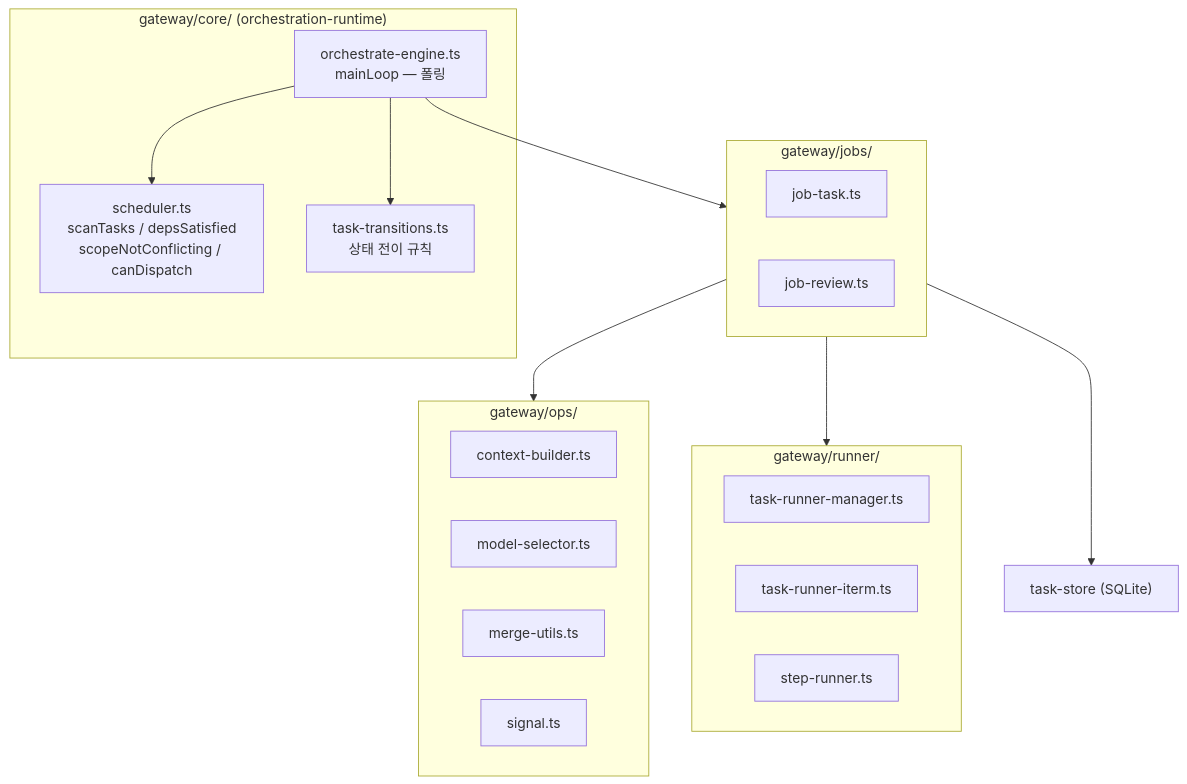
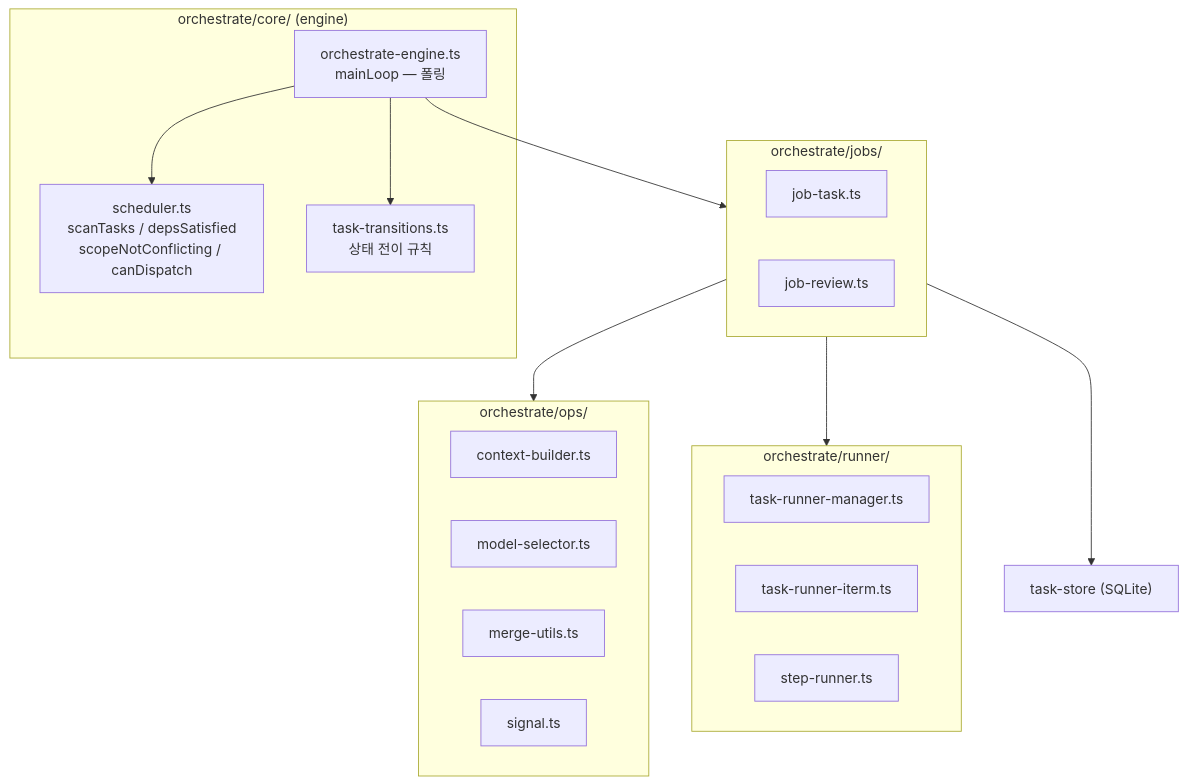
Before and after one commit to sdadaniel/orchestation: the second of 4 diagrams in docs/architecture/orchestrator-node-architecture.md, drawn with Mermaid. The commit also changed other lines of this file and 133 other files, not shown here.

````diff
--- a/docs/architecture/orchestrator-node-architecture.md
+++ b/docs/architecture/orchestrator-node-architecture.md
@@ -53,33 +53,33 @@
 ```mermaid
 flowchart TB
-  subgraph engine_layer["gateway/core/ (orchestration-runtime)"]
+  subgraph engine_layer["orchestrate/core/ (engine)"]
     main_loop["orchestrate-engine.ts\nmainLoop — 폴링"]
     scheduler["scheduler.ts\nscanTasks / depsSatisfied\nscopeNotConflicting / canDispatch"]
     transitions["task-transitions.ts\n상태 전이 규칙"]
     main_loop --> scheduler
     main_loop --> transitions
   end
 
-  subgraph jobs_layer["gateway/jobs/"]
+  subgraph jobs_layer["orchestrate/jobs/"]
     job_task["job-task.ts"]
     job_review["job-review.ts"]
   end
 
-  subgraph ops_layer["gateway/ops/"]
+  subgraph ops_layer["orchestrate/ops/"]
     ctx["context-builder.ts"]
     model["model-selector.ts"]
     merge["merge-utils.ts"]
     signal["signal.ts"]
   end
 
-  subgraph runner_layer["gateway/runner/"]
+  subgraph runner_layer["orchestrate/runner/"]
     runner_mgr["task-runner-manager.ts"]
     runner_iterm["task-runner-iterm.ts"]
     step_runner["step-runner.ts"]
   end
 
   main_loop --> jobs_layer
   jobs_layer --> ops_layer
   jobs_layer --> runner_layer
   jobs_layer --> store2["task-store (SQLite)"]
 ```
````
